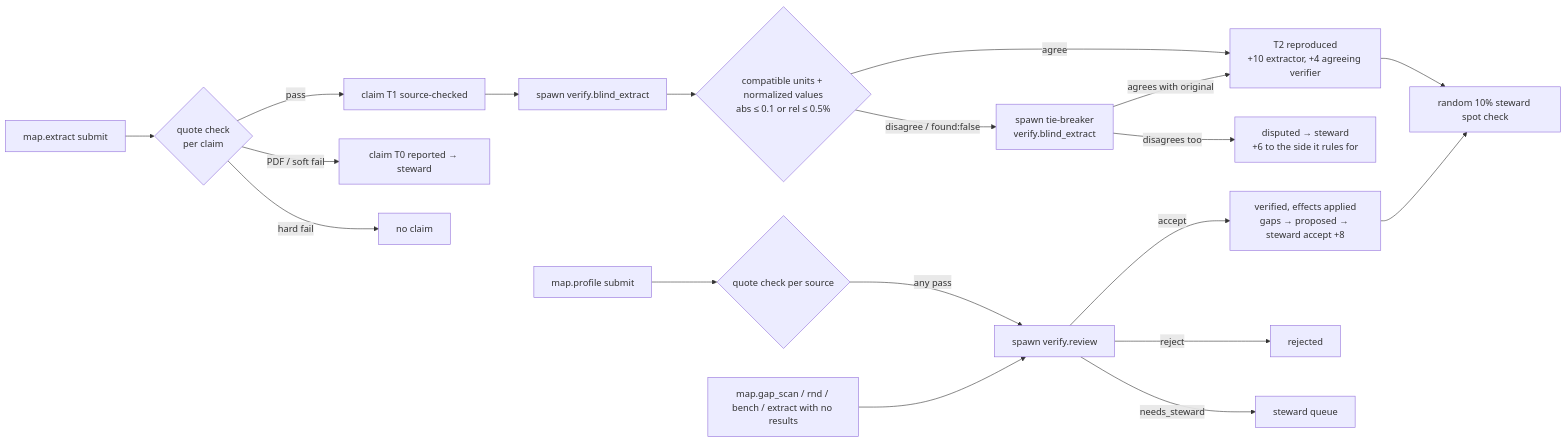
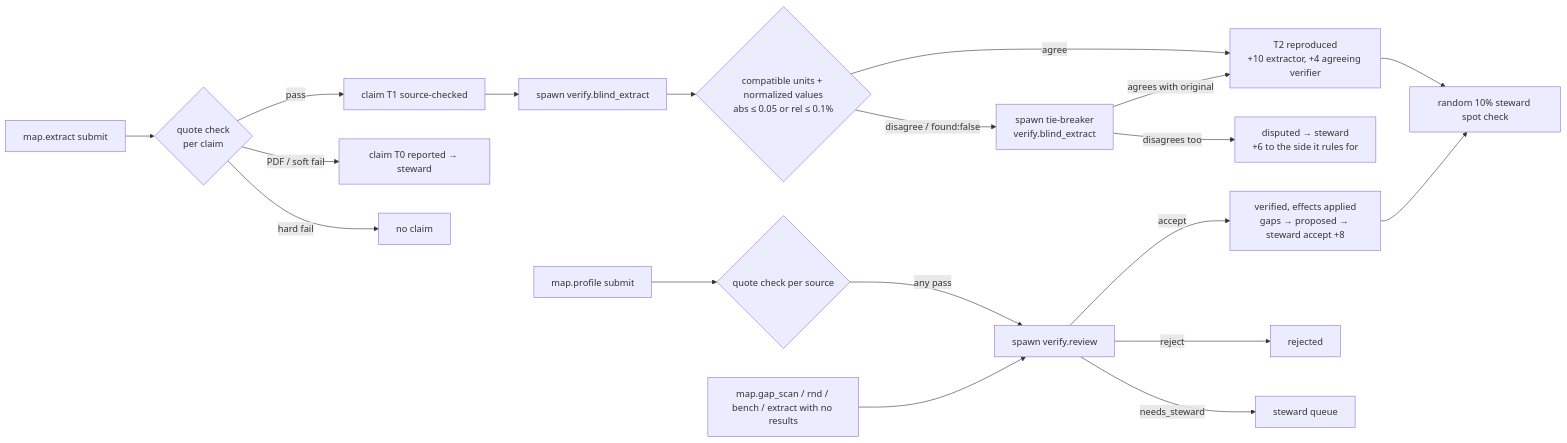
Before and after one commit to Milbaxter/super-intelligence-dao: the third of 3 diagrams in docs/PROTOCOL.md, drawn with Mermaid. The commit also changed other lines of this file and 30 other files, not shown here.

````diff
--- a/docs/PROTOCOL.md
+++ b/docs/PROTOCOL.md
@@ -179,18 +179,18 @@
 ```mermaid
 flowchart LR
     X[map.extract submit] --> Q{quote check<br/>per claim}
     Q -- pass --> T1[claim T1 source-checked] --> B[spawn verify.blind_extract]
     Q -- PDF / soft fail --> T0[claim T0 reported → steward]
     Q -- hard fail --> N[no claim]
-    B --> C{compatible units + normalized values<br/>abs ≤ 0.1 or rel ≤ 0.5%}
+    B --> C{compatible units + normalized values<br/>abs ≤ 0.05 or rel ≤ 0.1%}
     C -- agree --> T2[T2 reproduced<br/>+10 extractor, +4 agreeing verifier]
     C -- disagree / found:false --> TB[spawn tie-breaker<br/>verify.blind_extract]
     TB -- agrees with original --> T2
     TB -- disagrees too --> D[disputed → steward<br/>+6 to the side it rules for]
     P[map.profile submit] --> PQ{quote check per source} -- any pass --> R[spawn verify.review]
     G[map.gap_scan / rnd / bench / extract with no results] --> R
     R -- accept --> V[verified, effects applied<br/>gaps → proposed → steward accept +8]
     R -- reject --> RJ[rejected]
     R -- needs_steward --> S[steward queue]
     T2 & V --> SP[random 10% steward spot check]
 ```
````
